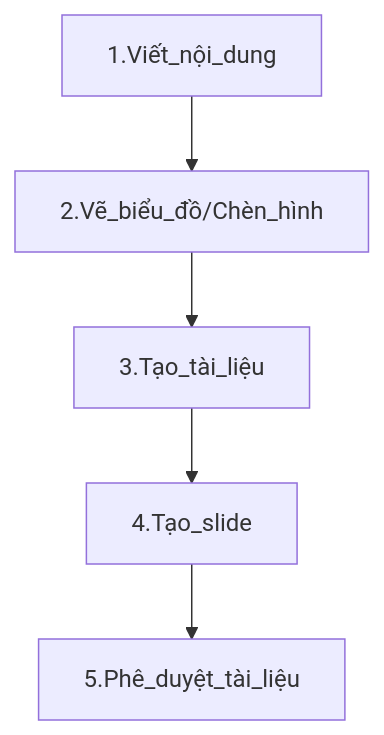
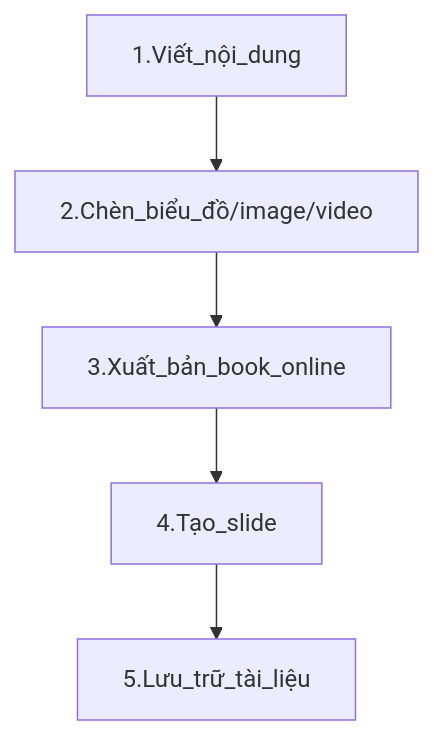
Before and after one commit to hoanglong8/FoxAI-Data-Analyst: the diagram in [FoxAI] Hướng dẫn viết tài liệu.md, drawn with Mermaid. The commit also changed other lines of this file, not shown here.

Commit message:
Update [FoxAI] Hướng dẫn viết tài liệu.md

````diff
--- a/[FoxAI] Hướng dẫn viết tài liệu.md
+++ b/[FoxAI] Hướng dẫn viết tài liệu.md
@@ -13,5 +13,5 @@
 ```mermaid
 graph TD;
-    1.Viết_nội_dung --> 2.Vẽ_biểu_đồ/Chèn_hình --> 3.Tạo_tài_liệu --> 4.Tạo_slide --> 5.Phê_duyệt_tài_liệu
+    1.Viết_nội_dung --> 2.Chèn_biểu_đồ/image/video --> 3.Xuất_bản_book_online --> 4.Tạo_slide --> 5.Lưu_trữ_tài_liệu
 
 ```
````
